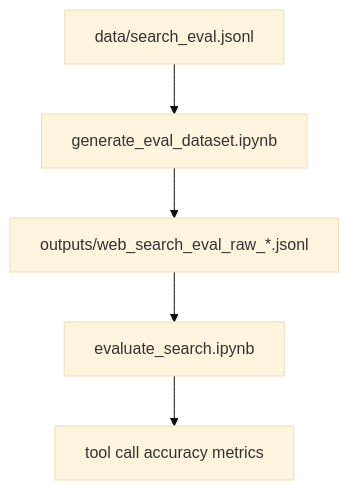
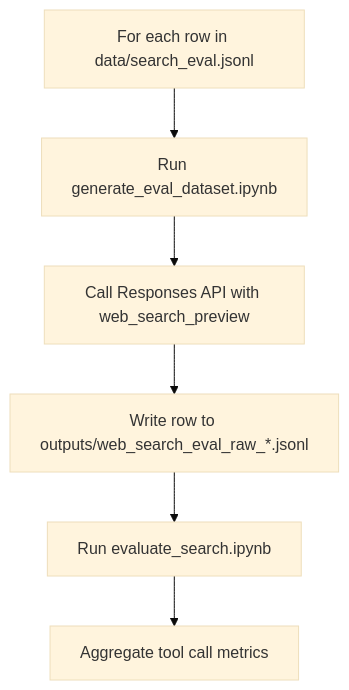
Before and after one commit to jakeatmsft/ai-foundry-craftkit: the first of 2 diagrams in Model_Usecases/web-search/evals/README.md, drawn with Mermaid (base theme). The commit also changed other lines of this file and 2 other files, not shown here.

````diff
--- a/Model_Usecases/web-search/evals/README.md
+++ b/Model_Usecases/web-search/evals/README.md
@@ -43,7 +43,8 @@
 ```mermaid
 flowchart TD
-    A[data/search_eval.jsonl] --> B[generate_eval_dataset.ipynb]
-    B --> C[outputs/web_search_eval_raw_*.jsonl]
-    C --> D[evaluate_search.ipynb]
-    D --> F[tool call accuracy metrics]
+    A[For each row in data/search_eval.jsonl] --> B[Run generate_eval_dataset.ipynb]
+    B --> C[Call Responses API with web_search_preview]
+    C --> D[Write row to outputs/web_search_eval_raw_*.jsonl]
+    D --> E[Run evaluate_search.ipynb]
+    E --> F[Aggregate tool call metrics]
 ```
````
